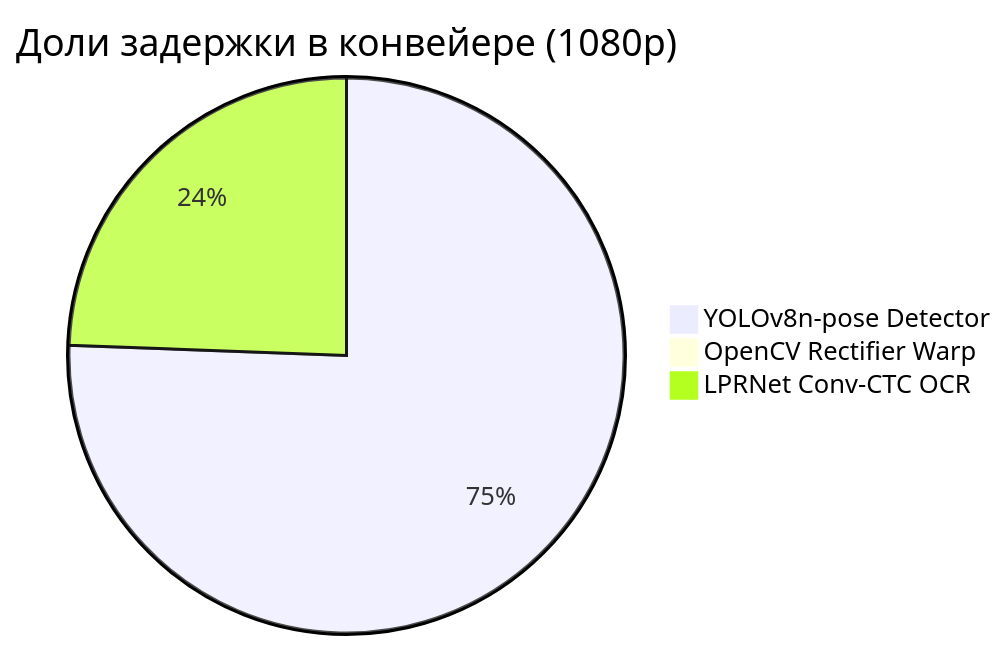
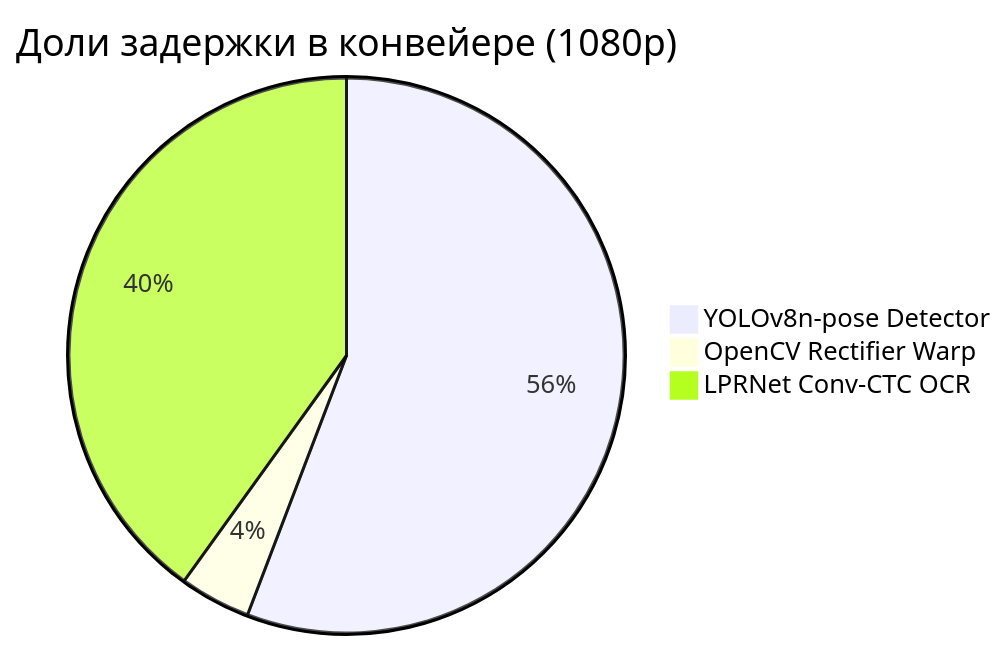
One commit to Vamsilver/OmniPlate-RU changed the diagram in docs/report/latency_benchmark.md. Above: the diagram before and after it, drawn with Mermaid. The commit also changed other lines of this file and 7 other files, not shown here.

````diff
--- a/docs/report/latency_benchmark.md
+++ b/docs/report/latency_benchmark.md
@@ -50,6 +50,6 @@
 ```mermaid
 pie title Доли задержки в конвейере (1080p)
-    "YOLOv8n-pose Detector" : 96.3
-    "OpenCV Rectifier Warp" : 1.14
-    "LPRNet Conv-CTC OCR" : 31.1
+    "YOLOv8n-pose Detector" : 31.2
+    "OpenCV Rectifier Warp" : 2.31
+    "LPRNet Conv-CTC OCR" : 22.4
 ```
````
